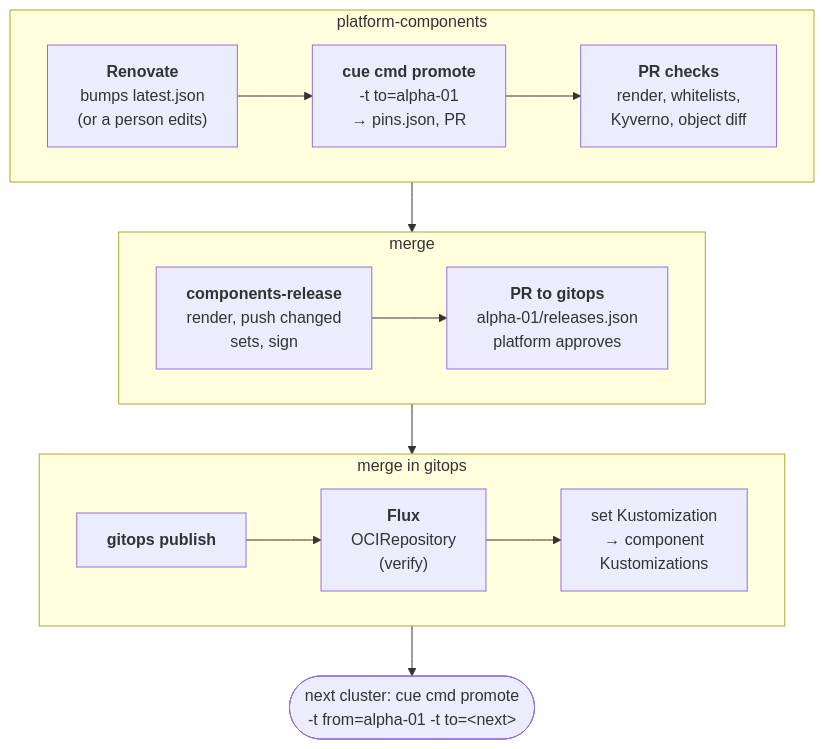
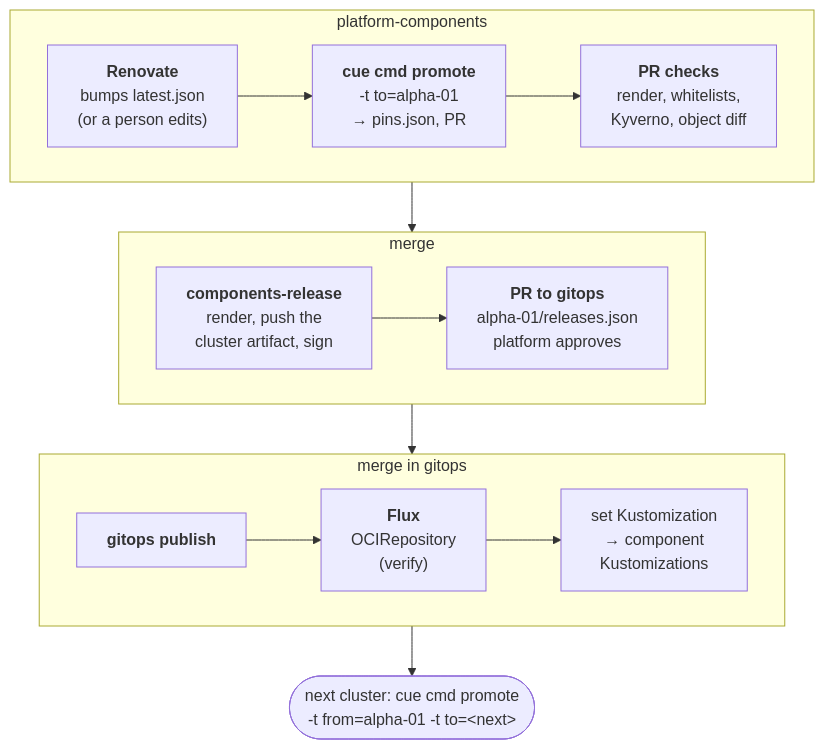
One commit to homelab-selfuryon/meta changed the second of 4 diagrams in delivery.md. Above: the diagram before and after it, drawn with Mermaid. The commit also changed other lines of this file and 5 other files, not shown here.

Commit message:
docs: one platform artifact per cluster, a directory per set (#22)

````diff
--- a/delivery.md
+++ b/delivery.md
@@ -269,32 +269,32 @@
 ```mermaid
 ---
 config:
   flowchart:
     wrappingWidth: 260
 ---
 flowchart TB
     subgraph pc["platform-components"]
         direction LR
         bump["<b>Renovate</b><br/>bumps latest.json<br/>(or a person edits)"]
         promote["<b>cue cmd promote</b><br/>-t to=alpha-01<br/>→ pins.json, PR"]
         checks["<b>PR checks</b><br/>render, whitelists,<br/>Kyverno, object diff"]
         bump --> promote --> checks
     end
 
     subgraph rel["merge"]
         direction LR
-        release["<b>components-release</b><br/>render, push changed<br/>sets, sign"]
+        release["<b>components-release</b><br/>render, push the<br/>cluster artifact, sign"]
         gpr["<b>PR to gitops</b><br/>alpha-01/releases.json<br/>platform approves"]
         release --> gpr
     end
 
     subgraph cluster["merge in gitops"]
         direction LR
         publish["<b>gitops publish</b>"]
         oci["<b>Flux</b><br/>OCIRepository<br/>(verify)"]
         ks["set Kustomization<br/>→ component<br/>Kustomizations"]
         publish --> oci --> ks
     end
 
     pc --> rel --> cluster --> next(["next cluster: cue cmd promote<br/>-t from=alpha-01 -t to=&lt;next&gt;"])
 ```
````
